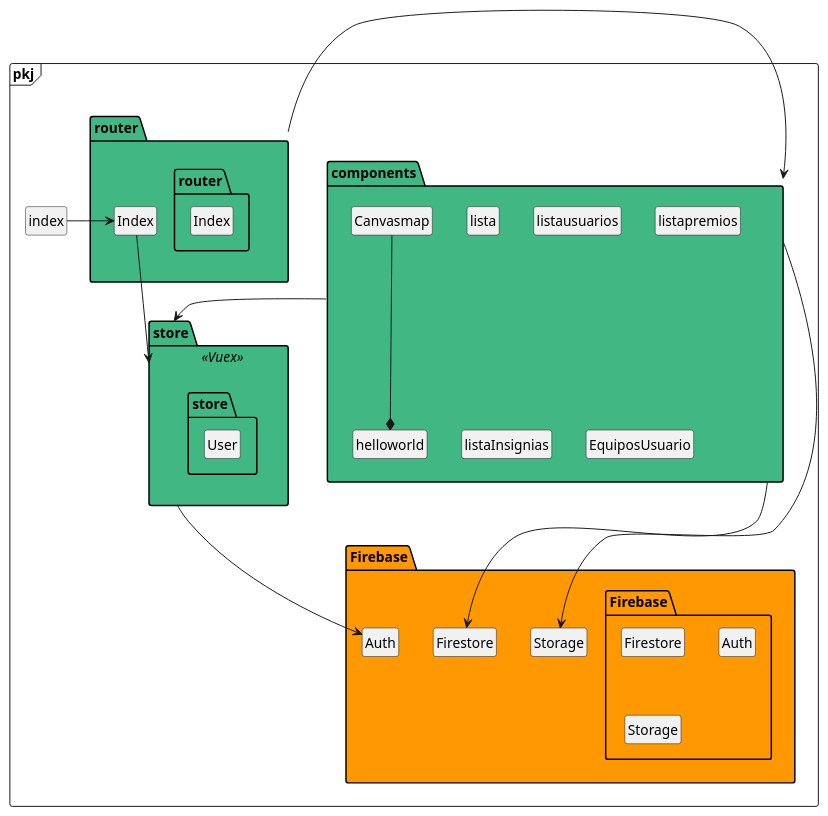
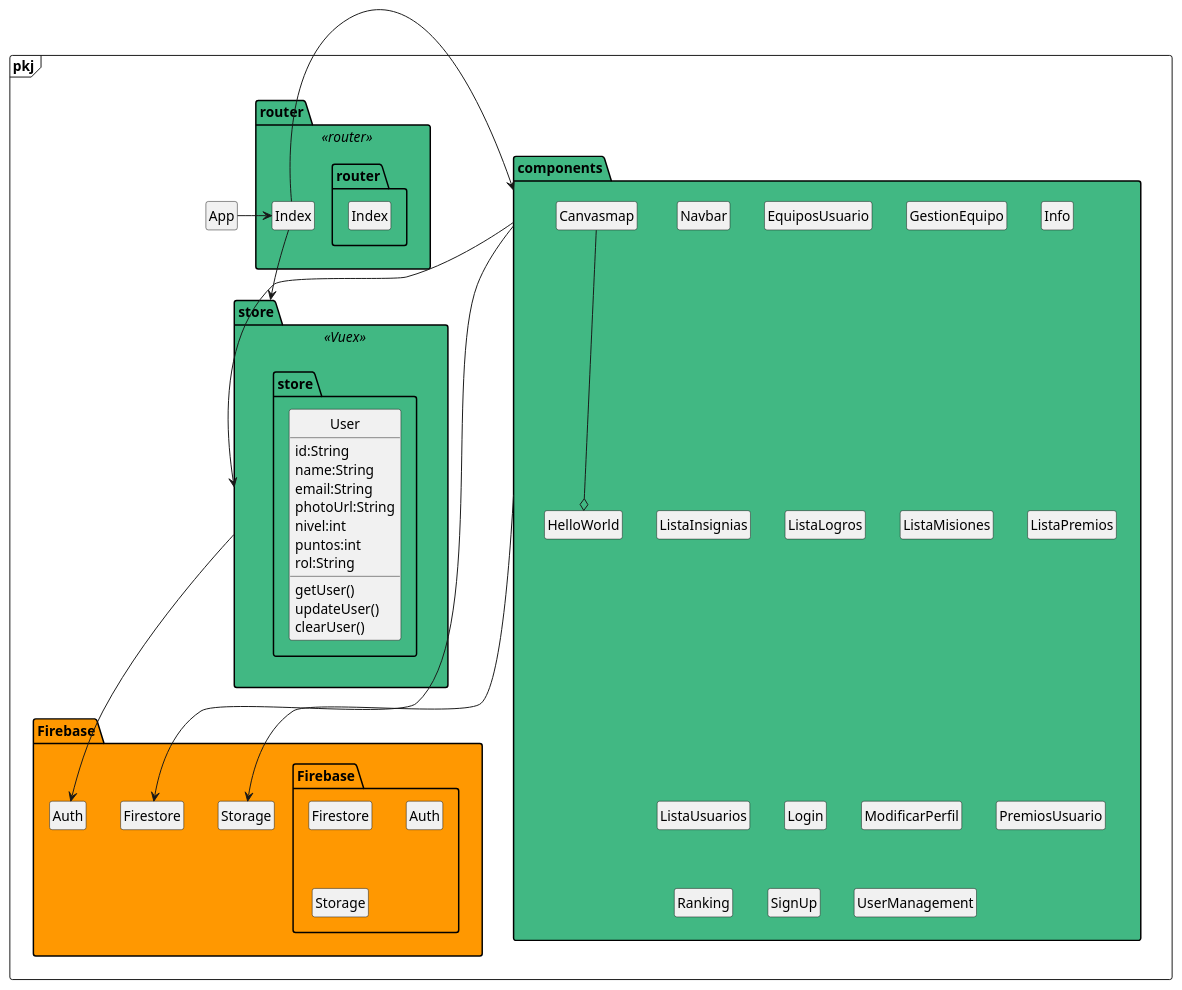
Before and after one commit to Cramer-0xbit/route66-plantuml: the diagram in domainvue.wsd, drawn with PlantUML. The commit also changed 6 other files, not shown here.

```diff
--- a/domainvue.wsd
+++ b/domainvue.wsd
@@ -2,42 +2,63 @@
 @startuml teams
 
 package pkj <<Frame>> {
-  class index
-  class store <<Vuex>>
+  class App
+
   package Firebase #ff9801{
     class  Firebase.Firestore
     class  Firebase.Auth
     class  Firebase.Storage
     }
 
   package components #41b883{
-    class lista
-    class helloworld
-    class listausuarios
-    class listapremios
-    class listaInsignias
+    class Navbar
+    class Canvasmap
     class EquiposUsuario
-    class EquiposUsuario
-    class Canvasmap
-
+    class GestionEquipo
+    class HelloWorld
+    class Info
+    class ListaInsignias
+    class ListaLogros
+    class ListaMisiones
+    class ListaPremios
+    class ListaUsuarios
+    class Login
+    class ModificarPerfil
+    class PremiosUsuario
+    class Ranking
+    class SignUp
+    class UserManagement
     }
-  package store #41b883{
-    class  store.User
+  package store <<Vuex>> #41b883{
+    class  store.User{
+      id:String
+      name:String
+      email:String
+      photoUrl:String
+      nivel:int
+      puntos:int 
+      rol:String 
+      getUser()
+      updateUser()
+      clearUser()
+    }
   }  
-  package router #41b883{
+  package router <<router>> #41b883{
     class  router.Index
   }
-  index -right-> router.Index
-  router -right-->components
+  App -right-> router.Index
+  router.Index -right-->components
   router.Index -down-> store
   components -down-> store
-  components ---> Firebase.Firestore
-  components ---> Firebase.Storage 
-  store ---> Firebase.Auth
-  Canvasmap--*helloworld
+  components --> Firebase.Firestore
+  components --> Firebase.Storage 
+  store --> Firebase.Auth
+  Canvasmap--o HelloWorld
+ 
+
   }
 
 hide empty members   
 hide circle
 skinparam classAttributeIconSize 0
 @enduml
```
